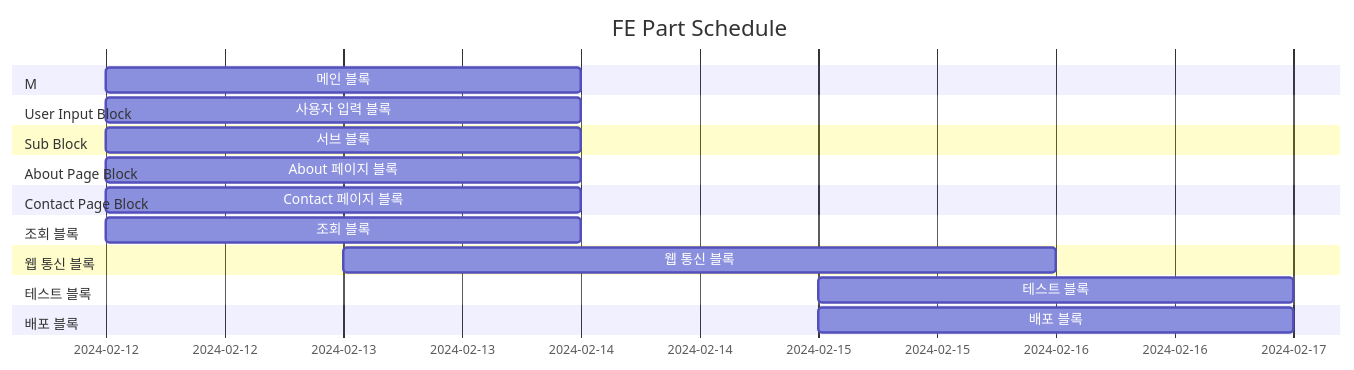
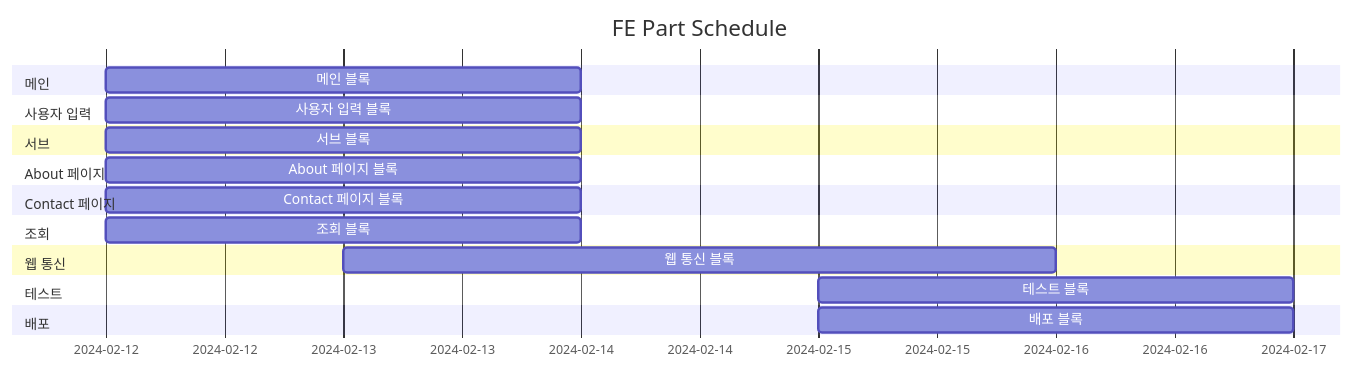
The second of 2 diagrams in README.md (TheRealParkJoohyung/product-pricing), drawn with Mermaid before and after one commit.

````diff
--- a/README.md
+++ b/README.md
@@ -61,23 +61,23 @@
 ```mermaid
 gantt
     title FE Part Schedule
     dateFormat YYYY-MM-DD
-    section M
+    section 메인
         메인 블록 :2024-02-12, 2d
-    section User Input Block
+    section 사용자 입력
         사용자 입력 블록 :2024-02-12, 2d
-    section Sub Block
+    section 서브
         서브 블록 :2024-02-12, 2d
-    section About Page Block
+    section About 페이지
         About 페이지 블록 :2024-02-12, 2d
-    section Contact Page Block
+    section Contact 페이지
         Contact 페이지 블록 :2024-02-12, 2d
-    section 조회 블록
+    section 조회
         조회 블록 :2024-02-12, 2d
-    section 웹 통신 블록
+    section 웹 통신
         웹 통신 블록 :2024-02-13, 3d
-    section 테스트 블록
+    section 테스트
         테스트 블록 :2024-02-15, 2d
-    section 배포 블록
+    section 배포
         배포 블록 :2024-02-15, 2d
 ```
````
